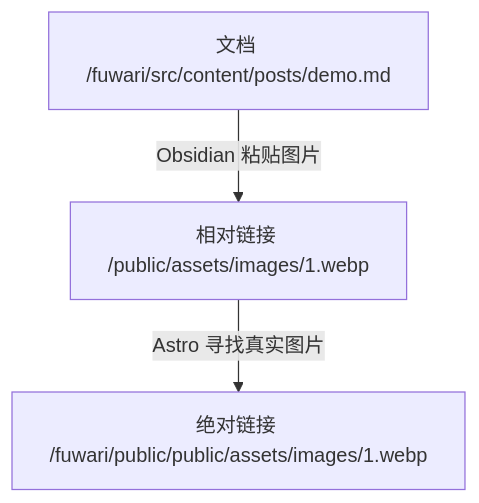
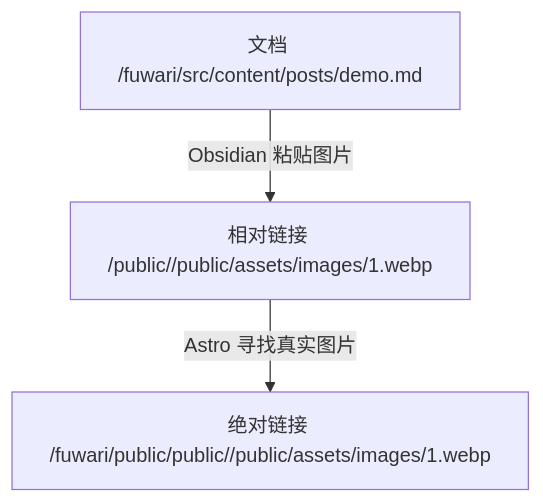
One commit to yinleren6/fuwari changed the second of 2 diagrams in src/content/posts/improve-dev-speed.md. Above: the diagram before and after it, drawn with Mermaid. The commit also changed other lines of this file, not shown here.

Commit message:
fix: 修复文章图片路径问题

````diff
--- a/src/content/posts/improve-dev-speed.md
+++ b/src/content/posts/improve-dev-speed.md
@@ -64,6 +64,6 @@
 ```mermaid
 flowchart TD
     md[文档 /fuwari/src/content/posts/demo.md] -->
-    |Obsidian 粘贴图片|xd[相对链接 /public/assets/images/1.webp]  -->
-    |Astro 寻找真实图片|jd[绝对链接 /fuwari/public/public/assets/images/1.webp]
+    |Obsidian 粘贴图片|xd[相对链接 /public//public/assets/images/1.webp]  -->
+    |Astro 寻找真实图片|jd[绝对链接 /fuwari/public/public//public/assets/images/1.webp]
 ```
````
